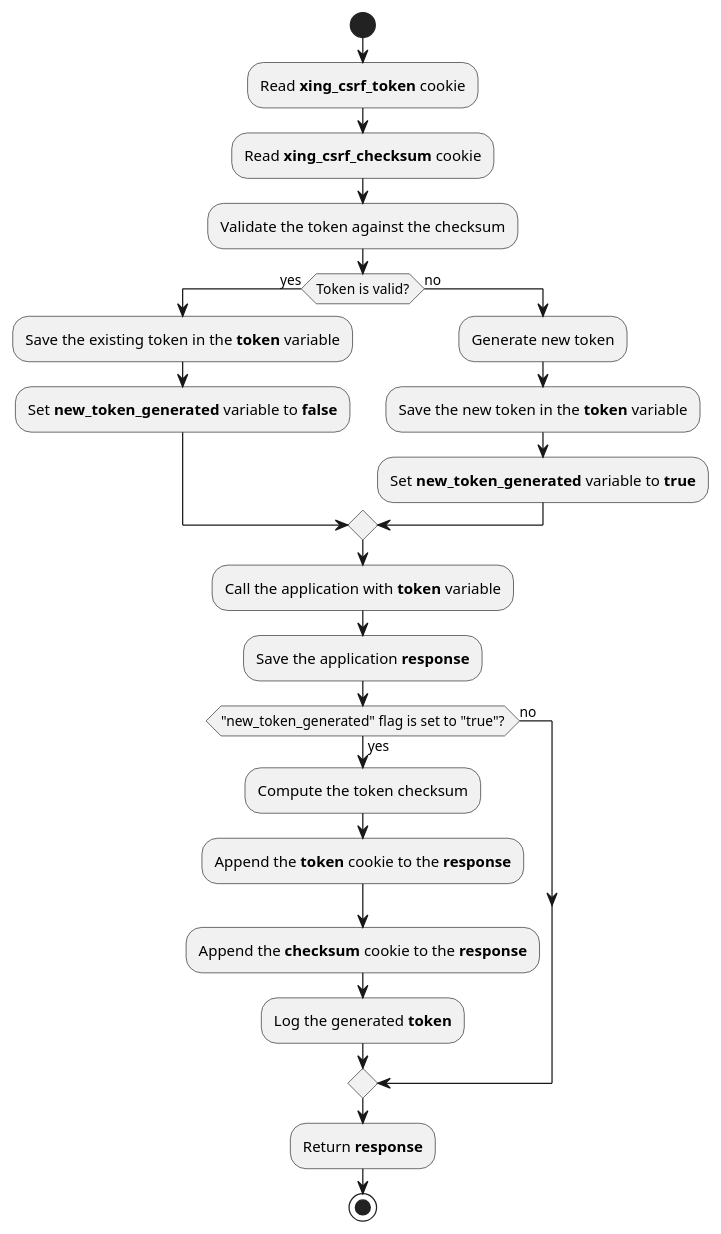
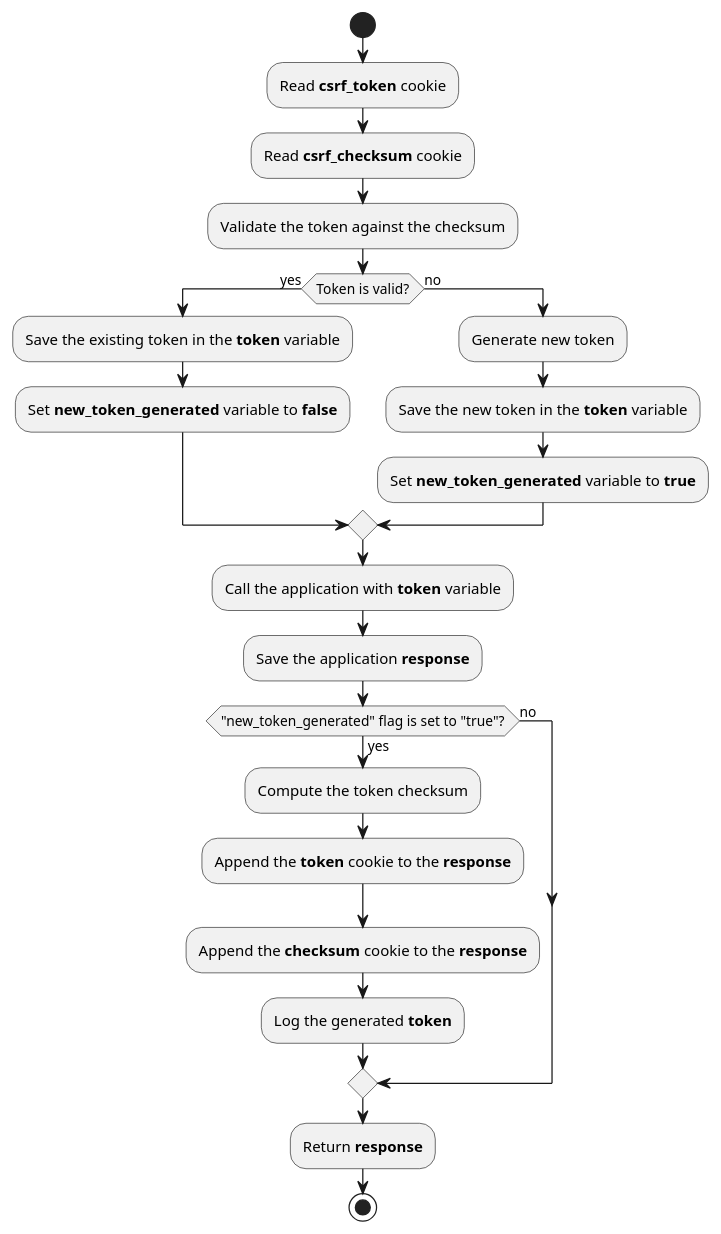
Before and after one commit to xing/cross-application-csrf-prevention: the diagram in diagrams/backend-middleware.puml, drawn with PlantUML. The commit also changed 5 other files, not shown here.

```diff
--- a/diagrams/backend-middleware.puml
+++ b/diagrams/backend-middleware.puml
@@ -1,32 +1,32 @@
 @startuml
 start
 
-:Read **xing_csrf_token** cookie;
-:Read **xing_csrf_checksum** cookie;
+:Read **csrf_token** cookie;
+:Read **csrf_checksum** cookie;
 :Validate the token against the checksum;
 
 if (Token is valid?) then (yes)
     :Save the existing token in the **token** variable;
     :Set **new_token_generated** variable to **false**;
 else (no)
     :Generate new token;
     :Save the new token in the **token** variable;
     :Set **new_token_generated** variable to **true**;
 endif
 
 :Call the application with **token** variable;
 :Save the application **response**;
 
 if ("new_token_generated" flag is set to "true"?) then (yes)
     :Compute the token checksum;
     :Append the **token** cookie to the **response**;
     :Append the **checksum** cookie to the **response**;
     :Log the generated **token**;
 else (no)
 endif
 
 
 :Return **response**;
 
 stop
 @enduml
```
